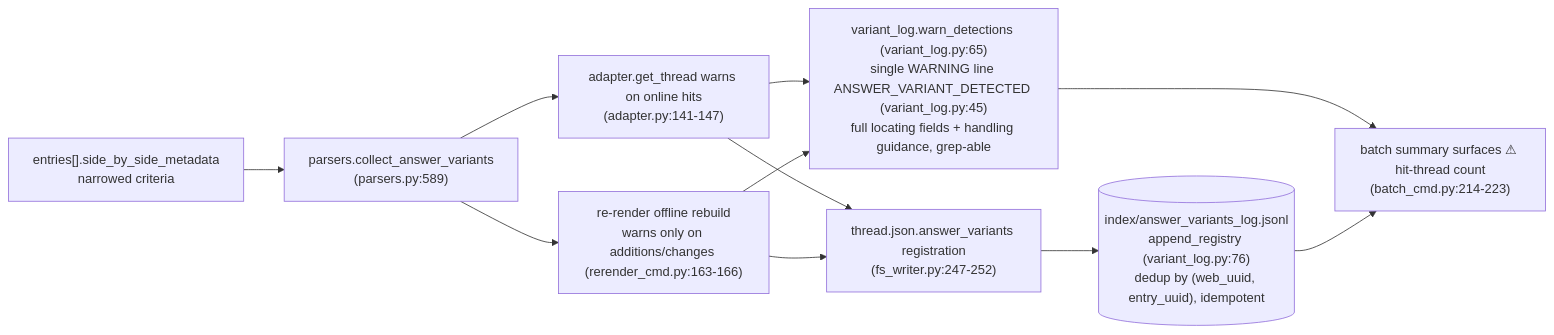
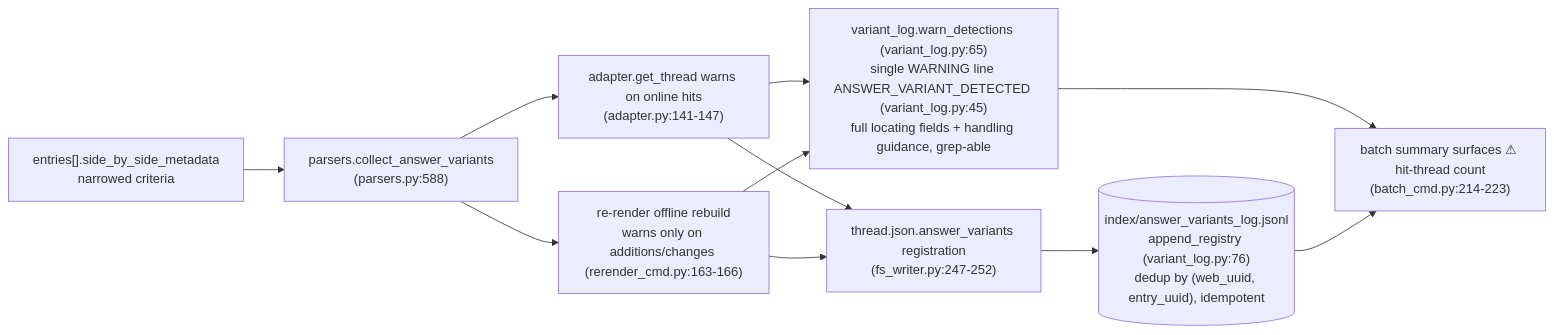
The fourth of 4 diagrams in docs/architecture/offline-operations.md (Yiksing/pplx-tools), drawn with Mermaid before and after one commit. The commit also changed other lines of this file and 54 other files, not shown here.

````diff
--- a/docs/architecture/offline-operations.md
+++ b/docs/architecture/offline-operations.md
@@ -143,13 +143,13 @@
 ```mermaid
 flowchart LR
-    E["entries[].side_by_side_metadata<br/>narrowed criteria"] --> CAV["parsers.collect_answer_variants<br/>(parsers.py:589)"]
+    E["entries[].side_by_side_metadata<br/>narrowed criteria"] --> CAV["parsers.collect_answer_variants<br/>(parsers.py:588)"]
     CAV --> AD["adapter.get_thread warns on online hits<br/>(adapter.py:141-147)"]
     CAV --> RR["re-render offline rebuild<br/>warns only on additions/changes (rerender_cmd.py:163-166)"]
     AD --> LOG["variant_log.warn_detections (variant_log.py:65)<br/>single WARNING line ANSWER_VARIANT_DETECTED (variant_log.py:45)<br/>full locating fields + handling guidance, grep-able"]
     RR --> LOG
     AD --> TJ["thread.json.answer_variants registration<br/>(fs_writer.py:247-252)"]
     RR --> TJ
     TJ --> JSONL[("index/answer_variants_log.jsonl<br/>append_registry (variant_log.py:76)<br/>dedup by (web_uuid, entry_uuid), idempotent")]
     LOG --> B["batch summary surfaces ⚠ hit-thread count<br/>(batch_cmd.py:214-223)"]
     JSONL --> B
 ```
````
